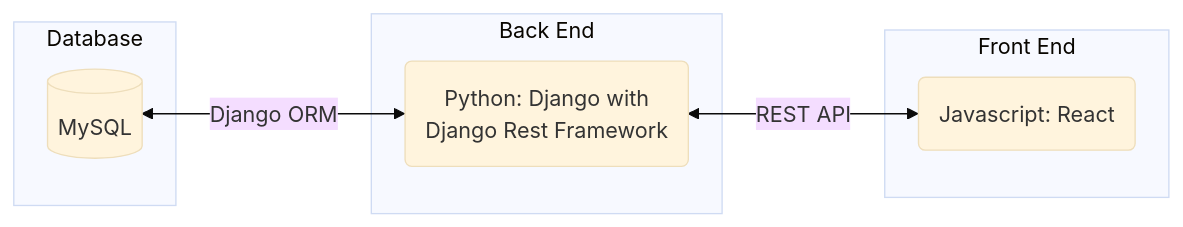
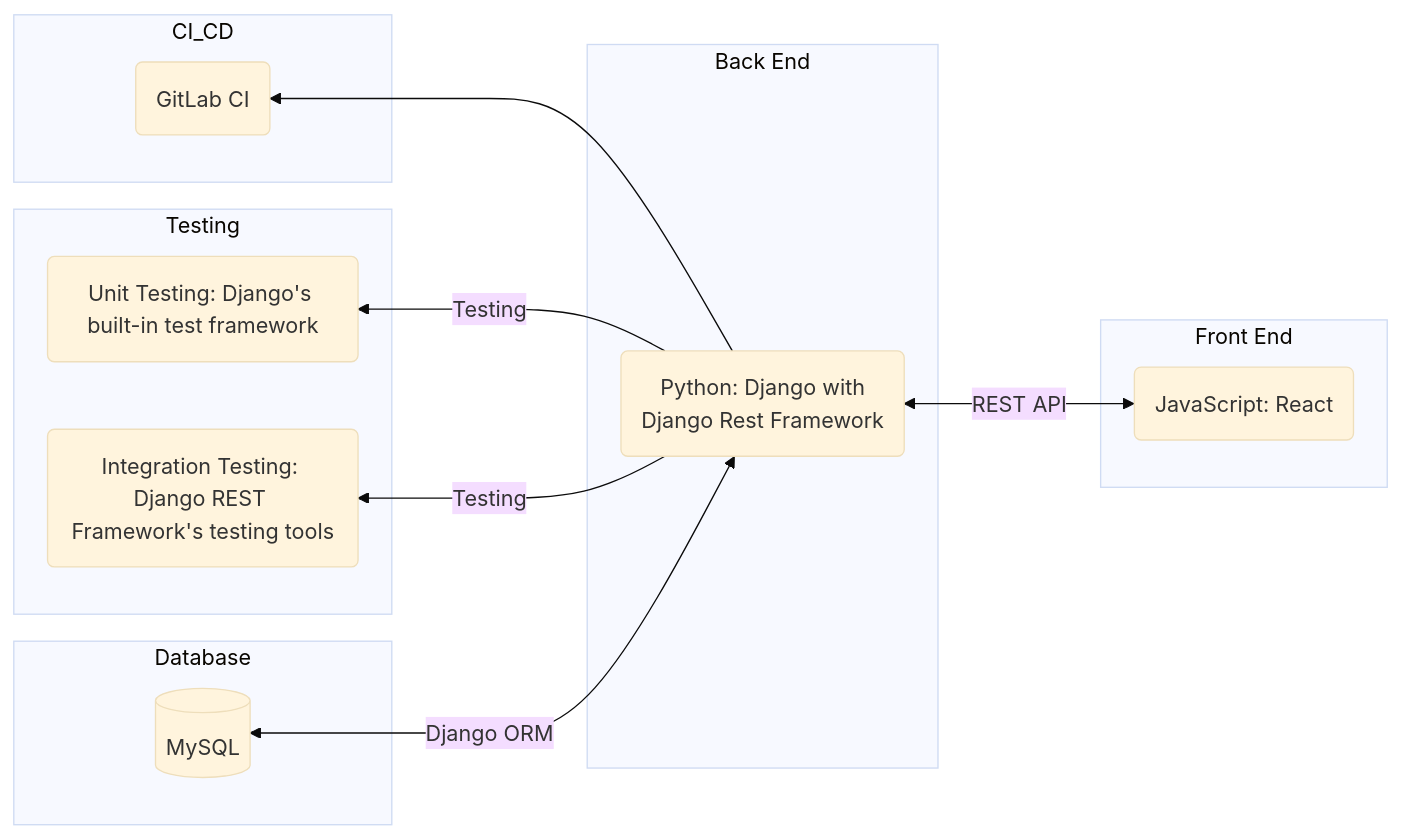
One commit to ClearCrystals/LogicLuminaries changed the first of 5 diagrams in README.md. Above: the diagram before and after it, drawn with Mermaid (base theme). The commit also changed other lines of this file, not shown here.

Commit message:
the read me diagrams

````diff
--- a/README.md
+++ b/README.md
@@ -122,17 +122,29 @@
 ```mermaid
 flowchart RL
 subgraph Front End
-	A(Javascript: React)
+    A(JavaScript: React)
 end
 
 subgraph Back End
-	B(Python: Django with \nDjango Rest Framework)
+    B(Python: Django with \nDjango Rest Framework)
 end
 
 subgraph Database
-	C[(MySQL)]
+    C[(MySQL)]
+end
+
+subgraph Testing
+    D(Unit Testing: Django's built-in test framework)
+    E(Integration Testing: Django REST Framework's testing tools)
+end
+
+subgraph CI_CD
+    F(GitLab CI)
 end
 
 A <-->|"REST API"| B
 B <-->|Django ORM| C
+B -->|Testing| D
+B -->|Testing| E
+B --> F
 ```
````
